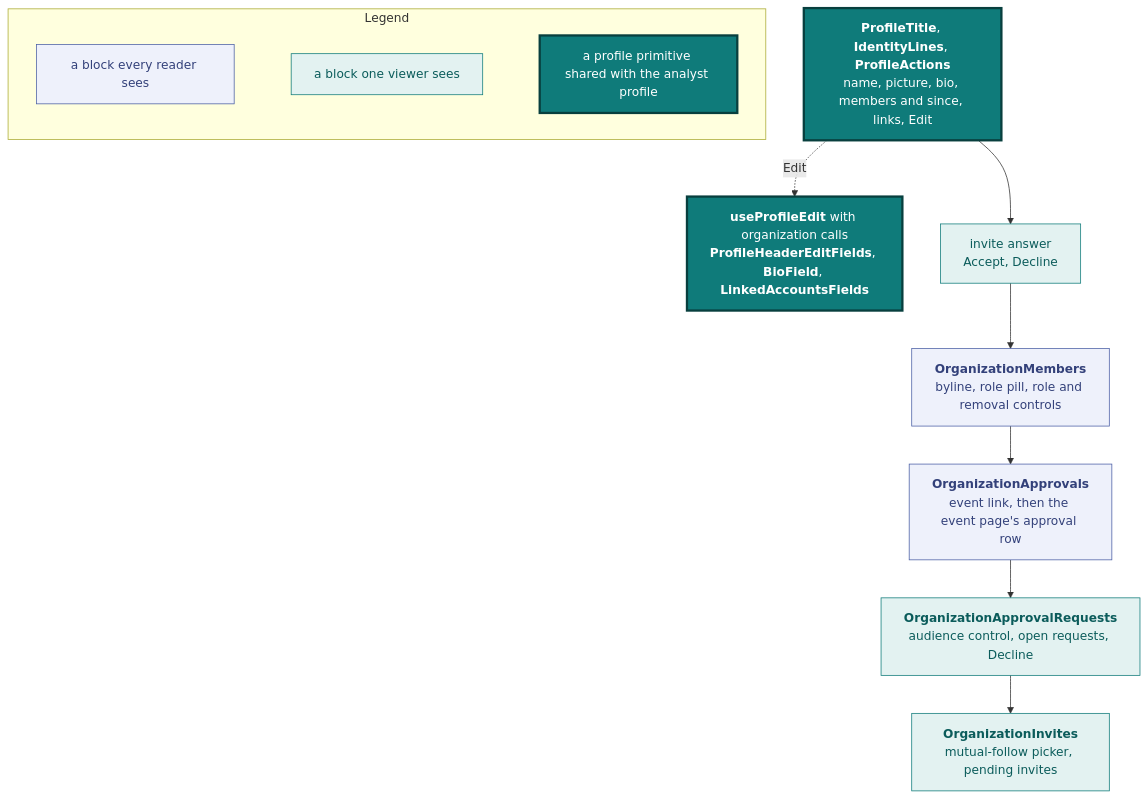
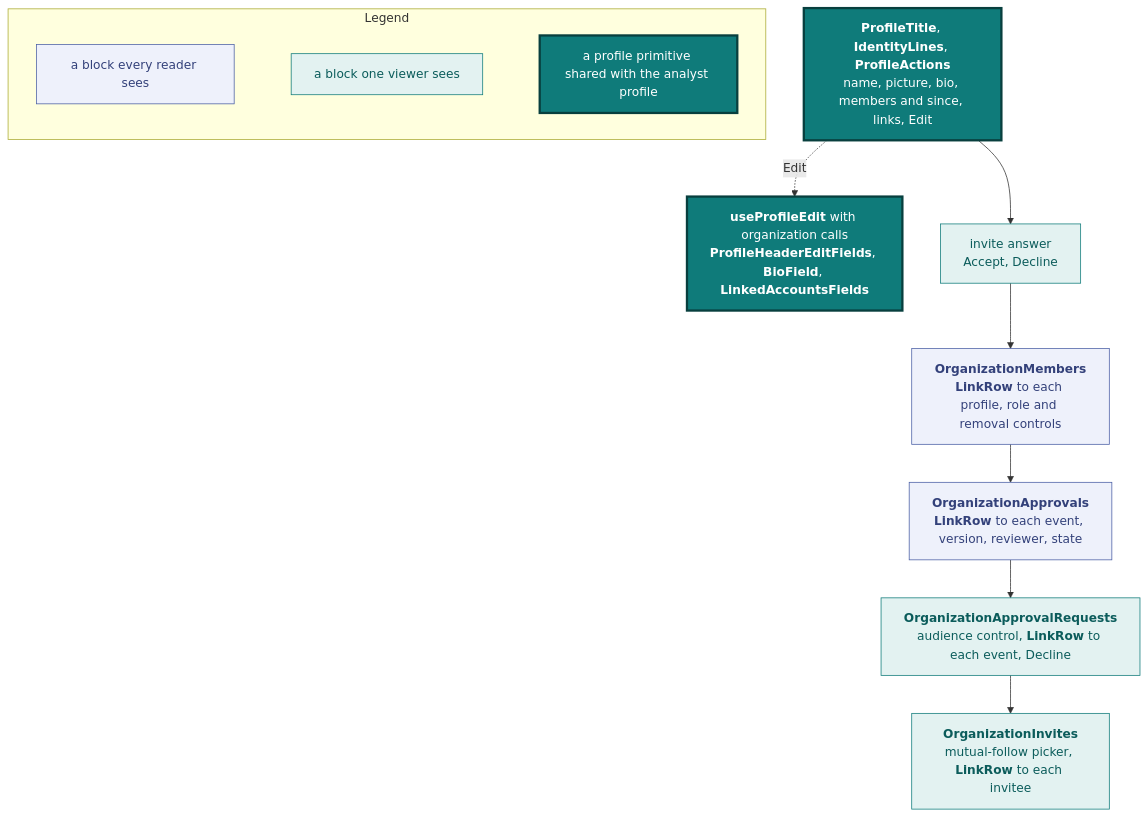
The ninth of 11 diagrams in docs/design.md (vidithq/vidit), drawn with Mermaid before and after one commit. The commit also changed other lines of this file and 132 other files, not shown here.

First line of the commit message:
feat(ui): event page, approvals, layout and picker fixes (#595)

````diff
--- a/docs/design.md
+++ b/docs/design.md
@@ -876,32 +888,32 @@
 ```mermaid
 flowchart TB
   classDef spec fill:#eef1fb,stroke:#4a5fa5,color:#33417a
   classDef shared fill:#e3f2f1,stroke:#0f7b7a,color:#0b5c5b
   classDef core fill:#0f7b7a,stroke:#083f3e,stroke-width:3px,color:#ffffff
 
   subgraph legend [Legend]
     direction LR
     l1["`a block every reader sees`"]:::spec
     l2["`a block one viewer sees`"]:::shared
     l3["`a profile primitive shared with the analyst profile`"]:::core
     l1 ~~~ l2 ~~~ l3
   end
 
   header["`**ProfileTitle**, **IdentityLines**, **ProfileActions**
   name, picture, bio, members and since, links, Edit`"]:::core
   edit["`**useProfileEdit** with organization calls
   **ProfileHeaderEditFields**, **BioField**, **LinkedAccountsFields**`"]:::core
   answer["`invite answer
   Accept, Decline`"]:::shared
   members["`**OrganizationMembers**
-  byline, role pill, role and removal controls`"]:::spec
+  **LinkRow** to each profile, role and removal controls`"]:::spec
   approvals["`**OrganizationApprovals**
-  event link, then the event page's approval row`"]:::spec
+  **LinkRow** to each event, version, reviewer, state`"]:::spec
   requests["`**OrganizationApprovalRequests**
-  audience control, open requests, Decline`"]:::shared
+  audience control, **LinkRow** to each event, Decline`"]:::shared
   invites["`**OrganizationInvites**
-  mutual-follow picker, pending invites`"]:::shared
+  mutual-follow picker, **LinkRow** to each invitee`"]:::shared
 
   header --> answer --> members --> approvals --> requests --> invites
   header -.->|Edit| edit
 ```
````
